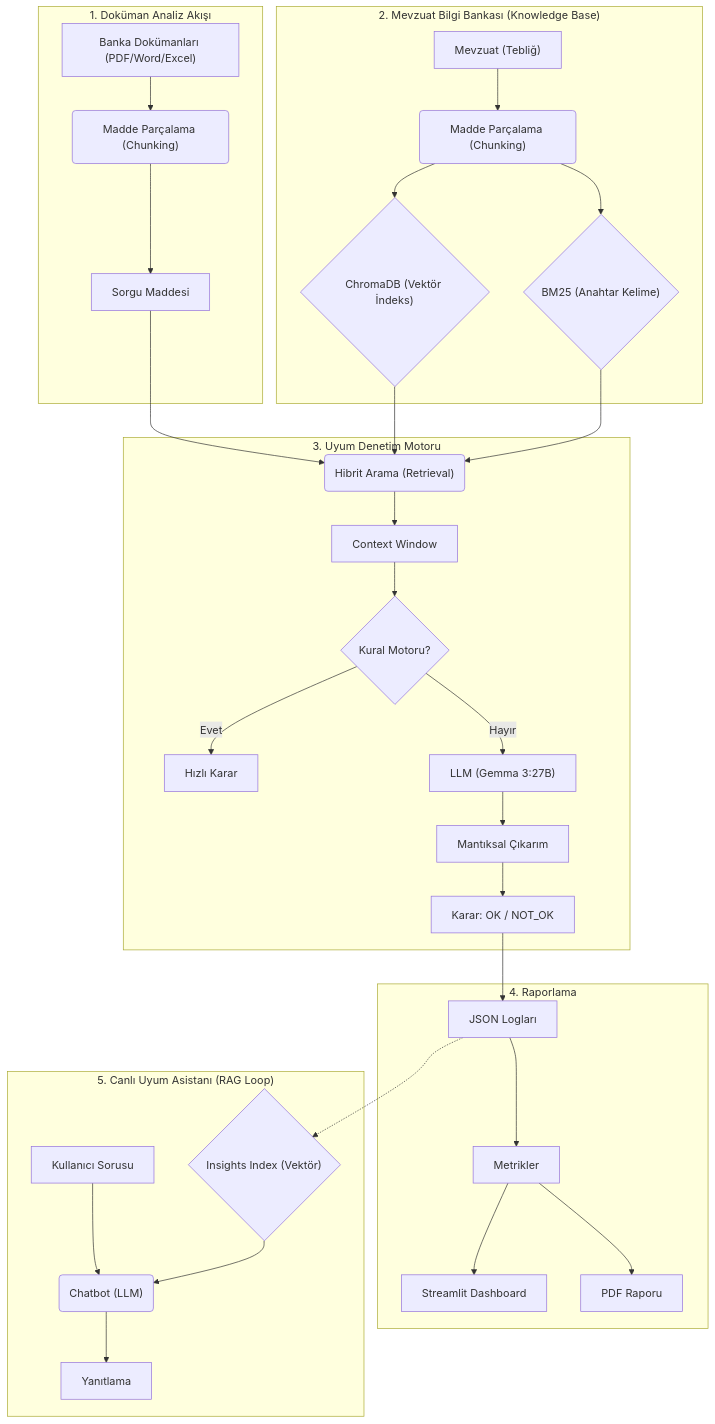
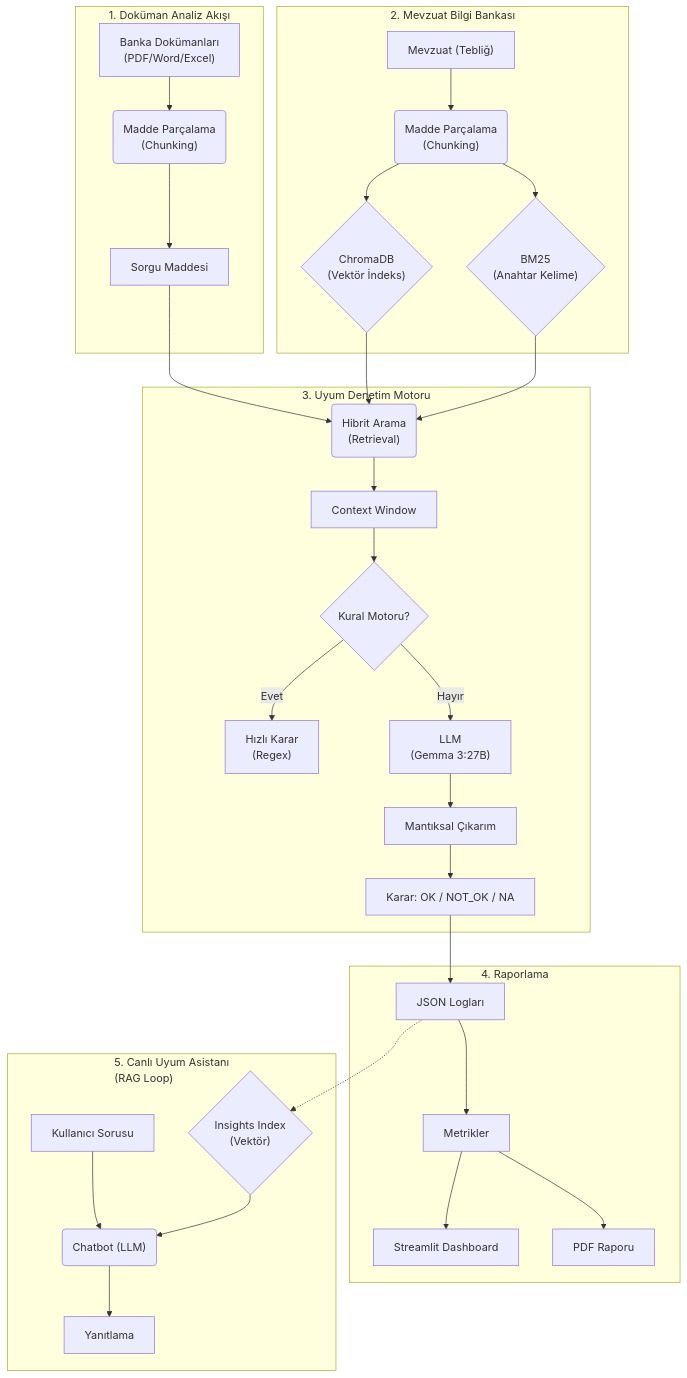
One commit to canmergen/llm-hackathon-project changed the diagram in README.md. Above: the diagram before and after it, drawn with Mermaid. The commit also changed 1 other file, not shown here.

Commit message:
Docs: Update Mermaid diagram labels per preference

````diff
--- a/README.md
+++ b/README.md
@@ -62,42 +62,42 @@
 ```mermaid
-graph TD
-    subgraph Data_Ingestion ["2. Mevzuat Bilgi Bankası (Knowledge Base)"]
-        teblig["Mevzuat (Tebliğ)"] --> teb_chunk("Madde Parçalama (Chunking)")
-        teb_chunk --> vector{"ChromaDB (Vektör İndeks)"}
-        teb_chunk --> kw{"BM25 (Anahtar Kelime)"}
+flowchart TD
+    subgraph Data_Ingestion ["2. Mevzuat Bilgi Bankası<br/>"]
+        teblig["Mevzuat (Tebliğ)"] --> teb_chunk("Madde Parçalama<br/>(Chunking)")
+        teb_chunk --> vector{"ChromaDB<br/>(Vektör İndeks)"}
+        teb_chunk --> kw{"BM25<br/>(Anahtar Kelime)"}
     end
 
     subgraph Analysis_Flow ["1. Doküman Analiz Akışı"]
-        doc["Banka Dokümanları (PDF/Word/Excel)"] --> chunk("Madde Parçalama (Chunking)")
+        doc["Banka Dokümanları<br/>(PDF/Word/Excel)"] --> chunk("Madde Parçalama<br/>(Chunking)")
         chunk --> input["Sorgu Maddesi"]
     end
 
     subgraph Compliance_Engine ["3. Uyum Denetim Motoru"]
-        input --> hybrid("Hibrit Arama (Retrieval)")
+        input --> hybrid("Hibrit Arama<br/>(Retrieval)")
         
         vector --> hybrid
         kw --> hybrid
 
         hybrid --> context["Context Window"]
         context --> rule{"Kural Motoru?"}
-        rule -- "Evet" --> fast["Hızlı Karar"]
-        rule -- "Hayır" --> llm["LLM (Gemma 3:27B)"]
+        rule -- "Evet" --> fast["Hızlı Karar<br/>(Regex)"]
+        rule -- "Hayır" --> llm["LLM<br/>(Gemma 3:27B)"]
         
         llm --> reason["Mantıksal Çıkarım"]
-        reason --> decision["Karar: OK / NOT_OK"]
+        reason --> decision["Karar: OK / NOT_OK / NA"]
     end
 
     subgraph Reporting ["4. Raporlama"]
         decision --> json["JSON Logları"]
         json --> metric["Metrikler"]
         metric --> dashboard["Streamlit Dashboard"]
         metric --> pdf["PDF Raporu"]
     end
 
-    subgraph Live_Assistant ["5. Canlı Uyum Asistanı (RAG Loop)"]
-        json -.-> insights{"Insights Index (Vektör)"}
+    subgraph Live_Assistant ["5. Canlı Uyum Asistanı<br/>(RAG Loop)"]
+        json -.-> insights{"Insights Index<br/>(Vektör)"}
         userq["Kullanıcı Sorusu"] --> bot("Chatbot (LLM)")
         insights --> bot
         bot --> answer["Yanıtlama"]
     end
 ```
````
